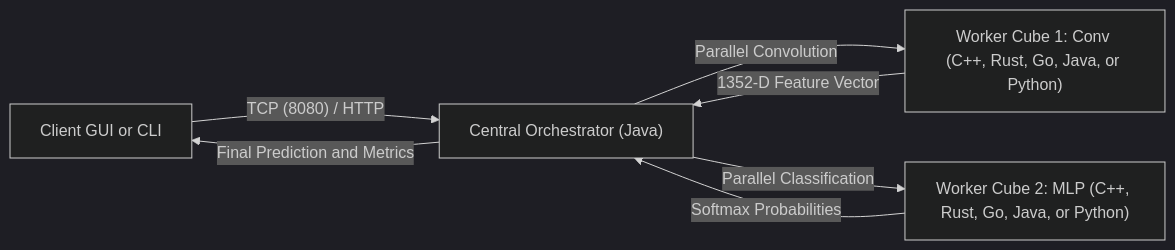
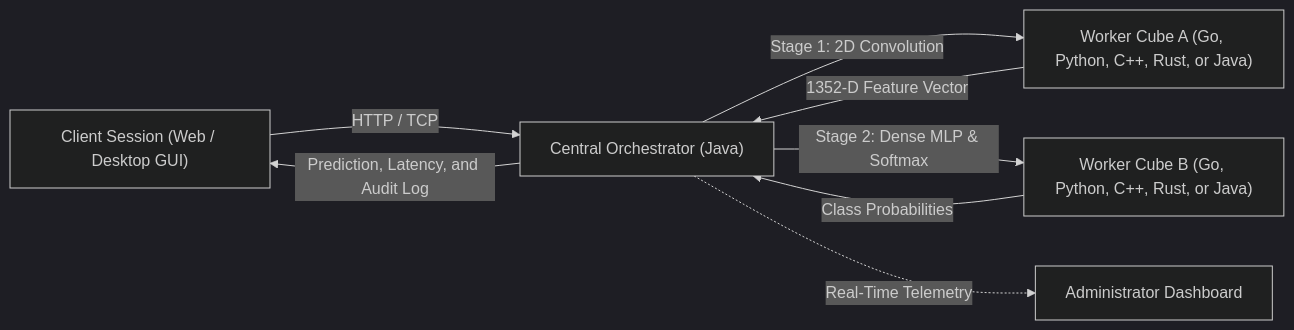
The first of 2 diagrams in README.md (GabrielRinconMiranda/UNI-Concurrente-Parcial-2026-2), drawn with Mermaid (dark theme) before and after one commit. The commit also changed other lines of this file and 32 other files, not shown here.

Commit message:
feat: dynamic client session allocation, dedicated admin console, responsive mobile layout, and full english localization

````diff
--- a/README.md
+++ b/README.md
@@ -41,9 +49,10 @@
 ```mermaid
 flowchart LR
-    cli["Client GUI or CLI"] -->|"TCP (8080) / HTTP"| srv["Central Orchestrator (Java)"]
-    srv -->|"Parallel Convolution"| w1["Worker Cube 1: Conv (C++, Rust, Go, Java, or Python)"]
+    cli["Client Session (Web / Desktop GUI)"] -->|"HTTP / TCP"| srv["Central Orchestrator (Java)"]
+    srv -->|"Stage 1: 2D Convolution"| w1["Worker Cube A (Go, Python, C++, Rust, or Java)"]
     w1 -->|"1352-D Feature Vector"| srv
-    srv -->|"Parallel Classification"| w2["Worker Cube 2: MLP (C++, Rust, Go, Java, or Python)"]
-    w2 -->|"Softmax Probabilities"| srv
-    srv -->|"Final Prediction and Metrics"| cli
+    srv -->|"Stage 2: Dense MLP & Softmax"| w2["Worker Cube B (Go, Python, C++, Rust, or Java)"]
+    w2 -->|"Class Probabilities"| srv
+    srv -->|"Prediction, Latency, and Audit Log"| cli
+    srv -.->|"Real-Time Telemetry"| adm["Administrator Dashboard"]
 ```
````
